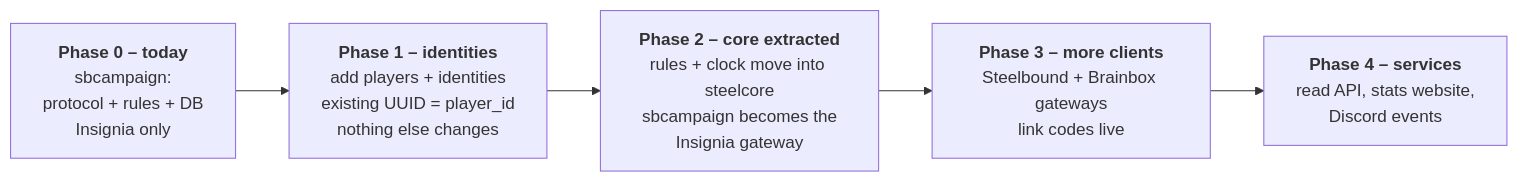
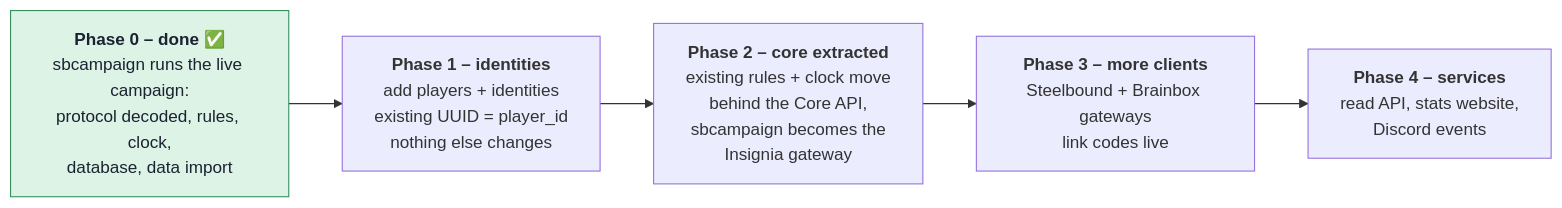
The fifth of 5 diagrams in docs/concept.md (Greevee-Lab/steelcore), drawn with Mermaid before and after one commit. The commit also changed other lines of this file and 4 other files, not shown here.

````diff
--- a/docs/concept.md
+++ b/docs/concept.md
@@ -335,9 +356,11 @@
 ```mermaid
 flowchart LR
-    P0["<b>Phase 0 – today</b><br/>sbcampaign:<br/>protocol + rules + DB<br/>Insignia only"]
+    P0["<b>Phase 0 – done ✅</b><br/>sbcampaign runs the live campaign:<br/>protocol decoded, rules, clock,<br/>database, data import"]
     P1["<b>Phase 1 – identities</b><br/>add players + identities<br/>existing UUID = player_id<br/>nothing else changes"]
-    P2["<b>Phase 2 – core extracted</b><br/>rules + clock move into steelcore<br/>sbcampaign becomes the<br/>Insignia gateway"]
+    P2["<b>Phase 2 – core extracted</b><br/>existing rules + clock move<br/>behind the Core API,<br/>sbcampaign becomes the<br/>Insignia gateway"]
     P3["<b>Phase 3 – more clients</b><br/>Steelbound + Brainbox gateways<br/>link codes live"]
     P4["<b>Phase 4 – services</b><br/>read API, stats website,<br/>Discord events"]
     P0 --> P1 --> P2 --> P3 --> P4
+    classDef done fill:#dcf3e6,stroke:#2f8f5b,color:#1b2230
+    class P0 done
 ```
````
